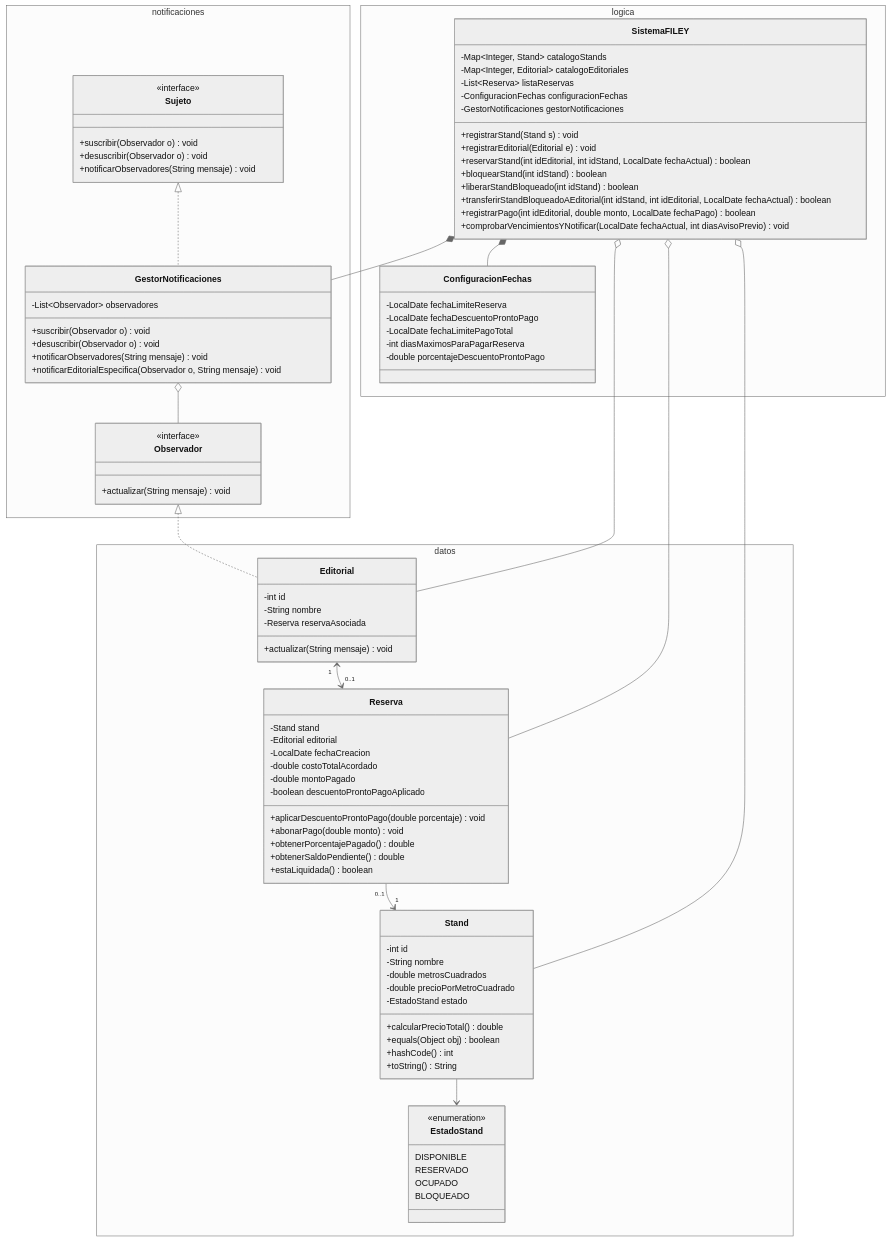
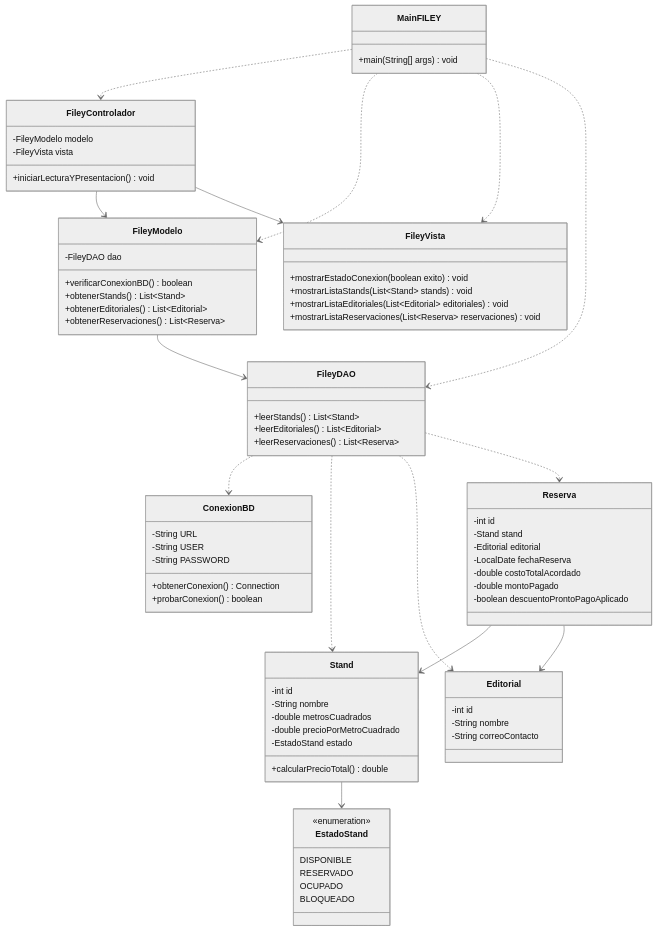
One commit to alex-ddr/POO-26-PD4 changed the second of 2 diagrams in README.md. Above: the diagram before and after it, drawn with Mermaid (neutral theme). The commit also changed other lines of this file and 17 other files, not shown here.

````diff
--- a/README.md
+++ b/README.md
@@ -58,100 +58,92 @@
 classDiagram
     direction TB
 
-    namespace notificaciones {
-        class Observador {
-            <<interface>>
-            +actualizar(String mensaje) void
-        }
-        class Sujeto {
-            <<interface>>
-            +suscribir(Observador o) void
-            +desuscribir(Observador o) void
-            +notificarObservadores(String mensaje) void
-        }
-        class GestorNotificaciones {
-            -List~Observador~ observadores
-            +suscribir(Observador o) void
-            +desuscribir(Observador o) void
-            +notificarObservadores(String mensaje) void
-            +notificarEditorialEspecifica(Observador o, String mensaje) void
-        }
+    class MainFILEY {
+        +main(String[] args) void
     }
 
-    namespace datos {
-        class EstadoStand {
-            <<enumeration>>
-            DISPONIBLE
-            RESERVADO
-            OCUPADO
-            BLOQUEADO
-        }
-        class Stand {
-            -int id
-            -String nombre
-            -double metrosCuadrados
-            -double precioPorMetroCuadrado
-            -EstadoStand estado
-            +calcularPrecioTotal() double
-            +equals(Object obj) boolean
-            +hashCode() int
-            +toString() String
-        }
-        class Editorial {
-            -int id
-            -String nombre
-            -Reserva reservaAsociada
-            +actualizar(String mensaje) void
-        }
-        class Reserva {
-            -Stand stand
-            -Editorial editorial
-            -LocalDate fechaCreacion
-            -double costoTotalAcordado
-            -double montoPagado
-            -boolean descuentoProntoPagoAplicado
-            +aplicarDescuentoProntoPago(double porcentaje) void
-            +abonarPago(double monto) void
-            +obtenerPorcentajePagado() double
-            +obtenerSaldoPendiente() double
-            +estaLiquidada() boolean
-        }
+    class FileyControlador {
+        -FileyModelo modelo
+        -FileyVista vista
+        +iniciarLecturaYPresentacion() void
     }
 
-    namespace logica {
-        class ConfiguracionFechas {
-            -LocalDate fechaLimiteReserva
-            -LocalDate fechaDescuentoProntoPago
-            -LocalDate fechaLimitePagoTotal
-            -int diasMaximosParaPagarReserva
-            -double porcentajeDescuentoProntoPago
-        }
-        class SistemaFILEY {
-            -Map~Integer, Stand~ catalogoStands
-            -Map~Integer, Editorial~ catalogoEditoriales
-            -List~Reserva~ listaReservas
-            -ConfiguracionFechas configuracionFechas
-            -GestorNotificaciones gestorNotificaciones
-            +registrarStand(Stand s) void
-            +registrarEditorial(Editorial e) void
-            +reservarStand(int idEditorial, int idStand, LocalDate fechaActual) boolean
-            +bloquearStand(int idStand) boolean
-            +liberarStandBloqueado(int idStand) boolean
-            +transferirStandBloqueadoAEditorial(int idStand, int idEditorial, LocalDate fechaActual) boolean
-            +registrarPago(int idEditorial, double monto, LocalDate fechaPago) boolean
-            +comprobarVencimientosYNotificar(LocalDate fechaActual, int diasAvisoPrevio) void
-        }
+    class FileyVista {
+        +mostrarEstadoConexion(boolean exito) void
+        +mostrarListaStands(List~Stand~ stands) void
+        +mostrarListaEditoriales(List~Editorial~ editoriales) void
+        +mostrarListaReservaciones(List~Reserva~ reservaciones) void
     }
 
-    Sujeto <|.. GestorNotificaciones
-    Observador <|.. Editorial
-    GestorNotificaciones o-- Observador
+    class FileyModelo {
+        -FileyDAO dao
+        +verificarConexionBD() boolean
+        +obtenerStands() List~Stand~
+        +obtenerEditoriales() List~Editorial~
+        +obtenerReservaciones() List~Reserva~
+    }
+
+    class FileyDAO {
+        +leerStands() List~Stand~
+        +leerEditoriales() List~Editorial~
+        +leerReservaciones() List~Reserva~
+    }
+
+    class ConexionBD {
+        -String URL
+        -String USER
+        -String PASSWORD
+        +obtenerConexion() Connection
+        +probarConexion() boolean
+    }
+
+    class Stand {
+        -int id
+        -String nombre
+        -double metrosCuadrados
+        -double precioPorMetroCuadrado
+        -EstadoStand estado
+        +calcularPrecioTotal() double
+    }
+
+    class Editorial {
+        -int id
+        -String nombre
+        -String correoContacto
+    }
+
+    class Reserva {
+        -int id
+        -Stand stand
+        -Editorial editorial
+        -LocalDate fechaReserva
+        -double costoTotalAcordado
+        -double montoPagado
+        -boolean descuentoProntoPagoAplicado
+    }
+
+    class EstadoStand {
+        <<enumeration>>
+        DISPONIBLE
+        RESERVADO
+        OCUPADO
+        BLOQUEADO
+    }
+
+    MainFILEY ..> FileyControlador
+    MainFILEY ..> FileyModelo
+    MainFILEY ..> FileyVista
+    MainFILEY ..> FileyDAO
+
+    FileyControlador --> FileyModelo
+    FileyControlador --> FileyVista
+    FileyModelo --> FileyDAO
+    FileyDAO ..> ConexionBD
+
+    FileyDAO ..> Stand
+    FileyDAO ..> Editorial
+    FileyDAO ..> Reserva
+    Reserva --> Stand
+    Reserva --> Editorial
     Stand --> EstadoStand
-    Editorial "1" <--> "0..1" Reserva
-    Reserva "0..1" --> "1" Stand
-    SistemaFILEY *-- ConfiguracionFechas
-    SistemaFILEY *-- GestorNotificaciones
-    SistemaFILEY o-- Stand
-    SistemaFILEY o-- Editorial
-    SistemaFILEY o-- Reserva
 ```
````
